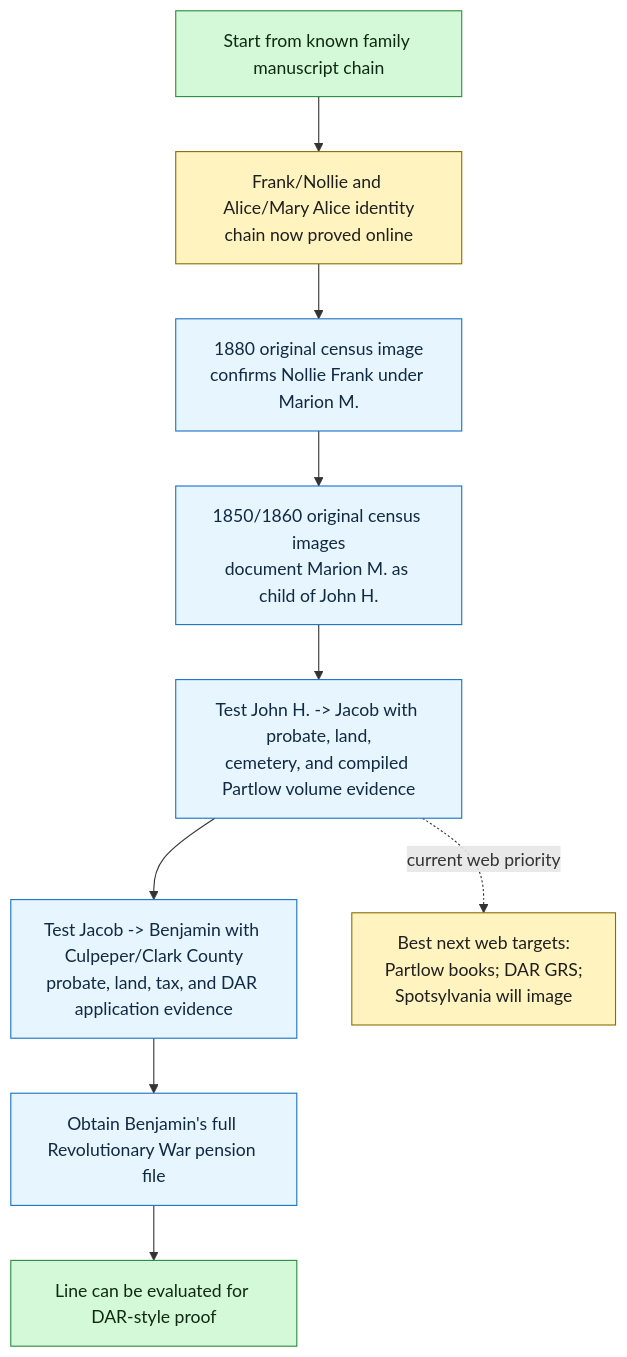
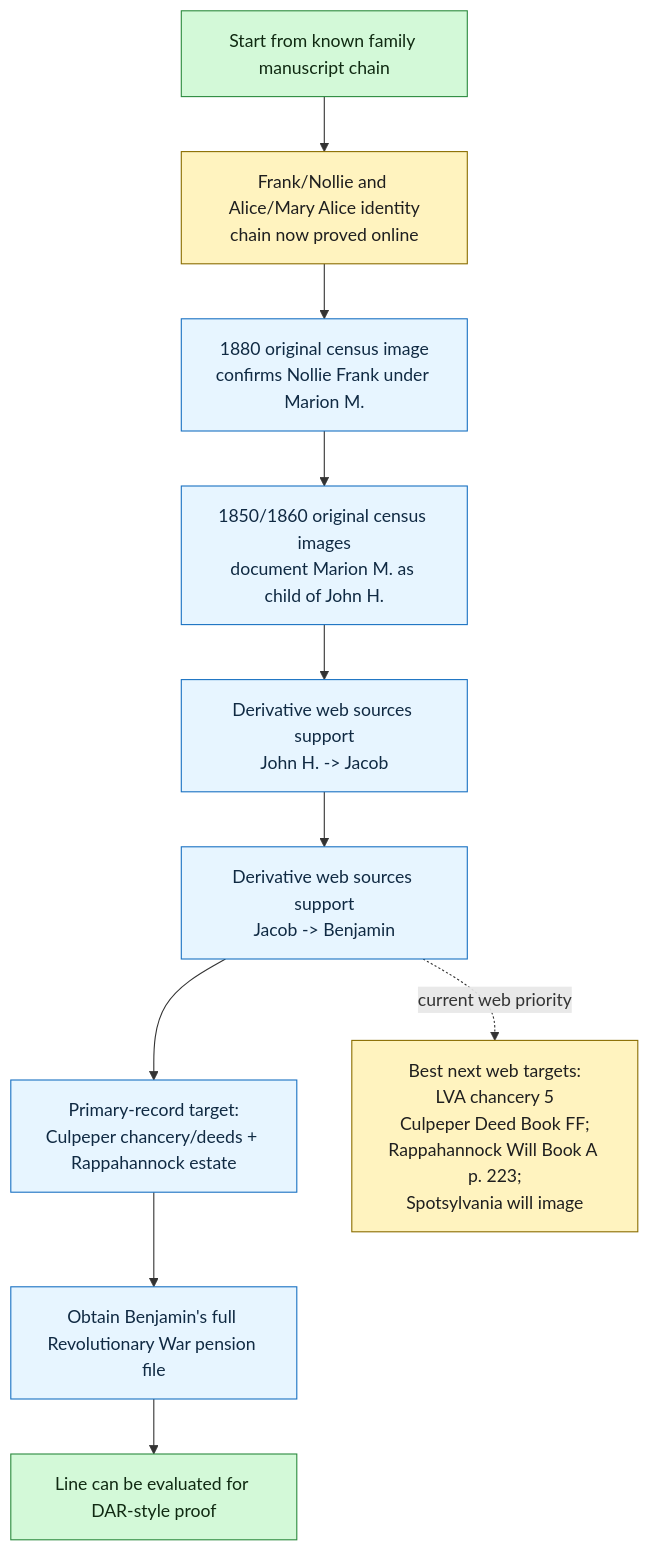
Before and after one commit to zcopley/copley-family-research: the second of 2 diagrams in RQ-P1-PARTLOW-REVOLUTIONARY-LINE.md, drawn with Mermaid. The commit also changed other lines of this file and 12 other files, not shown here.

Commit message:
Integrate upstream Partlow Revolutionary line search

````diff
--- a/RQ-P1-PARTLOW-REVOLUTIONARY-LINE.md
+++ b/RQ-P1-PARTLOW-REVOLUTIONARY-LINE.md
@@ -244,22 +256,23 @@
 ```mermaid
 flowchart TD
     A["Start from known family manuscript chain"]
     B["Frank/Nollie and Alice/Mary Alice identity<br/>chain now proved online"]
     C["1880 original census image<br/>confirms Nollie Frank under Marion M."]
     D["1850/1860 original census images<br/>document Marion M. as child of John H."]
-    E["Test John H. -> Jacob with probate, land,<br/>cemetery, and compiled Partlow volume evidence"]
-    F["Test Jacob -> Benjamin with Culpeper/Clark County<br/>probate, land, tax, and DAR application evidence"]
-    G["Obtain Benjamin's full Revolutionary War pension file"]
+    E["Derivative web sources support<br/>John H. -> Jacob"]
+    F["Derivative web sources support<br/>Jacob -> Benjamin"]
+    G["Primary-record target:<br/>Culpeper chancery/deeds + Rappahannock estate"]
+    I["Obtain Benjamin's full Revolutionary War pension file"]
     H["Line can be evaluated for DAR-style proof"]
 
-    A --> B --> C --> D --> E --> F --> G --> H
-    E -. "current web priority" .-> P["Best next web targets:<br/>Partlow books; DAR GRS;<br/>Spotsylvania will image"]
+    A --> B --> C --> D --> E --> F --> G --> I --> H
+    F -. "current web priority" .-> P["Best next web targets:<br/>LVA chancery #53;<br/>Culpeper Deed Book FF;<br/>Rappahannock Will Book A p. 223;<br/>Spotsylvania will image"]
 
     class A,H goal
     class B,P priority
-    class C,D,E,F,G action
+    class C,D,E,F,G,I action
 
     classDef goal fill:#d3f9d8,stroke:#2b8a3e,color:#102a12;
     classDef priority fill:#fff3bf,stroke:#8a6d00,color:#1f1f1f;
     classDef action fill:#e7f5ff,stroke:#1971c2,color:#102a43;
 ```
````
